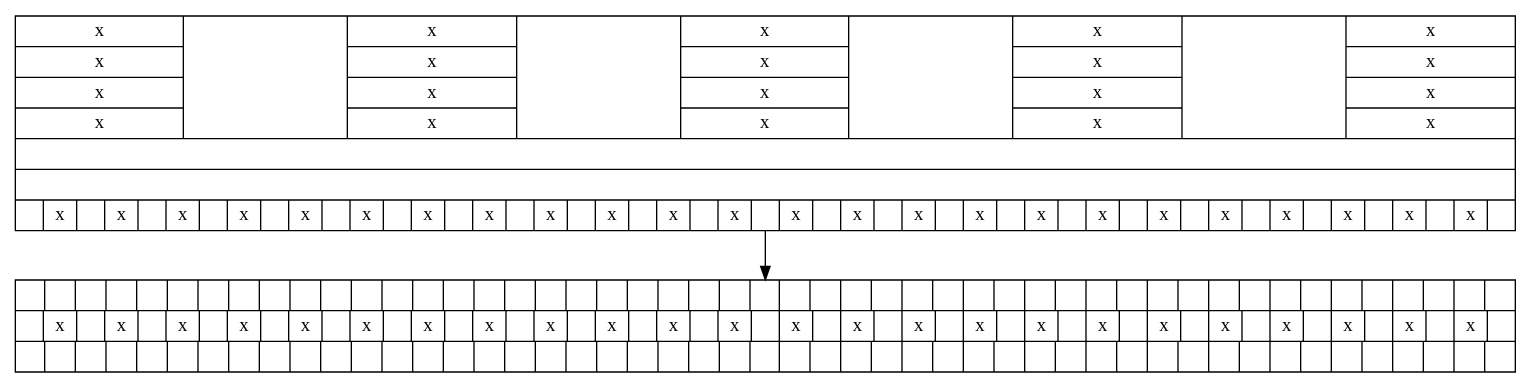
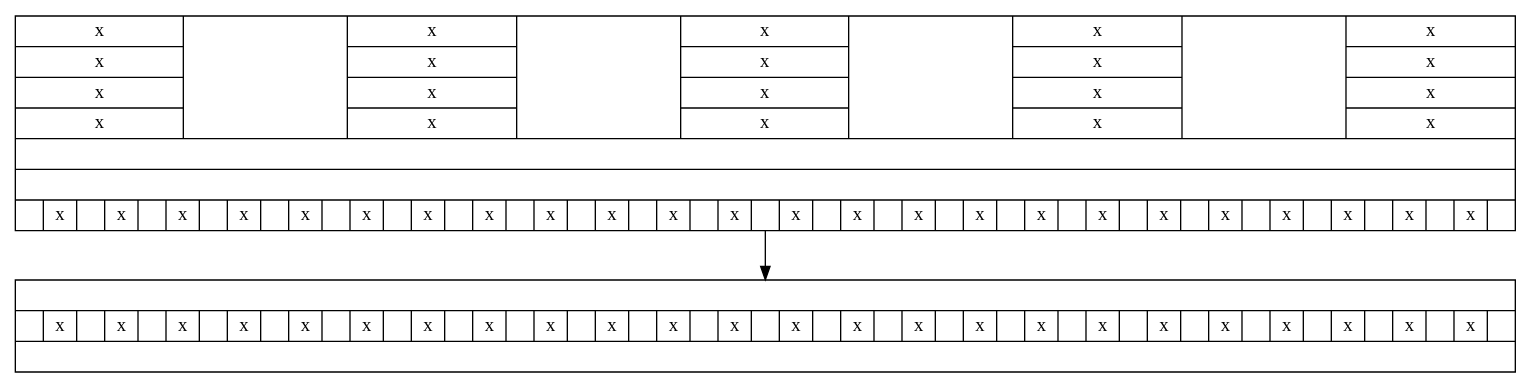
Before and after one commit to alslug/alslug.dk: the diagram in projekter/patch-paneler.dot, drawn with Graphviz.

```diff
--- a/projekter/patch-paneler.dot
+++ b/projekter/patch-paneler.dot
@@ -1,18 +1,16 @@
 digraph xxx {
   bib_patch [ shape=record label="{
   					{
 						{x|x|x|x}||
 						{x|x|x|x}||
 						{x|x|x|x}||
 						{x|x|x|x}||
 						{x|x|x|x}
 					}|||
 					{|x||x||x||x||x||x||x||x||x||x||x||x||x||x||x||x||x||x||x||x||x||x||x||x|}
 				   }" ];
   alslug_patch [ shape=record label="{
-					{ | | | | | | | | | | | | | | | | | | | | | | | | | | | | | | | | | | | | | | | | | | | | | | | | }|
-					{ |x| |x| |x| |x| |x| |x| |x| |x| |x| |x| |x| |x| |x| |x| |x| |x| |x| |x| |x| |x| |x| |x| |x| |x| }|
-					{ | | | | | | | | | | | | | | | | | | | | | | | | | | | | | | | | | | | | | | | | | | | | | | | | }
+					|{ |x| |x| |x| |x| |x| |x| |x| |x| |x| |x| |x| |x| |x| |x| |x| |x| |x| |x| |x| |x| |x| |x| |x| |x| }|
                                       }" ];
   bib_patch -> alslug_patch;
 }
```
